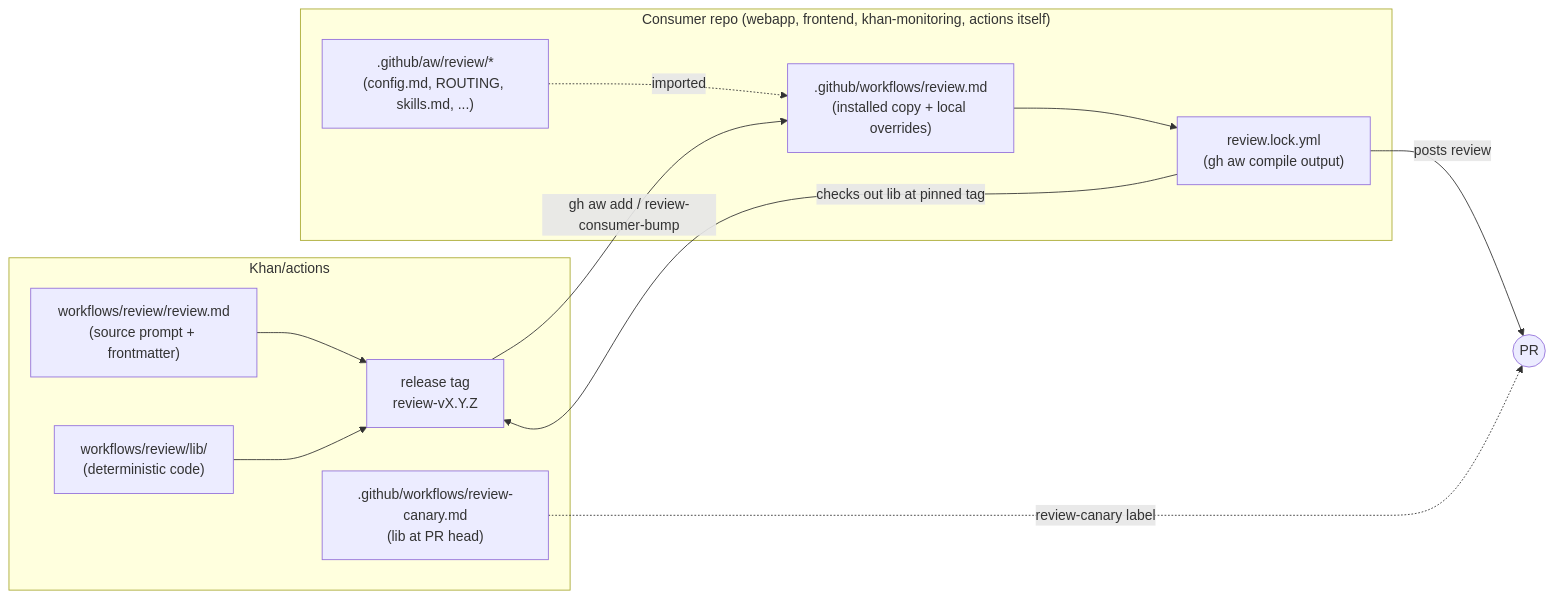
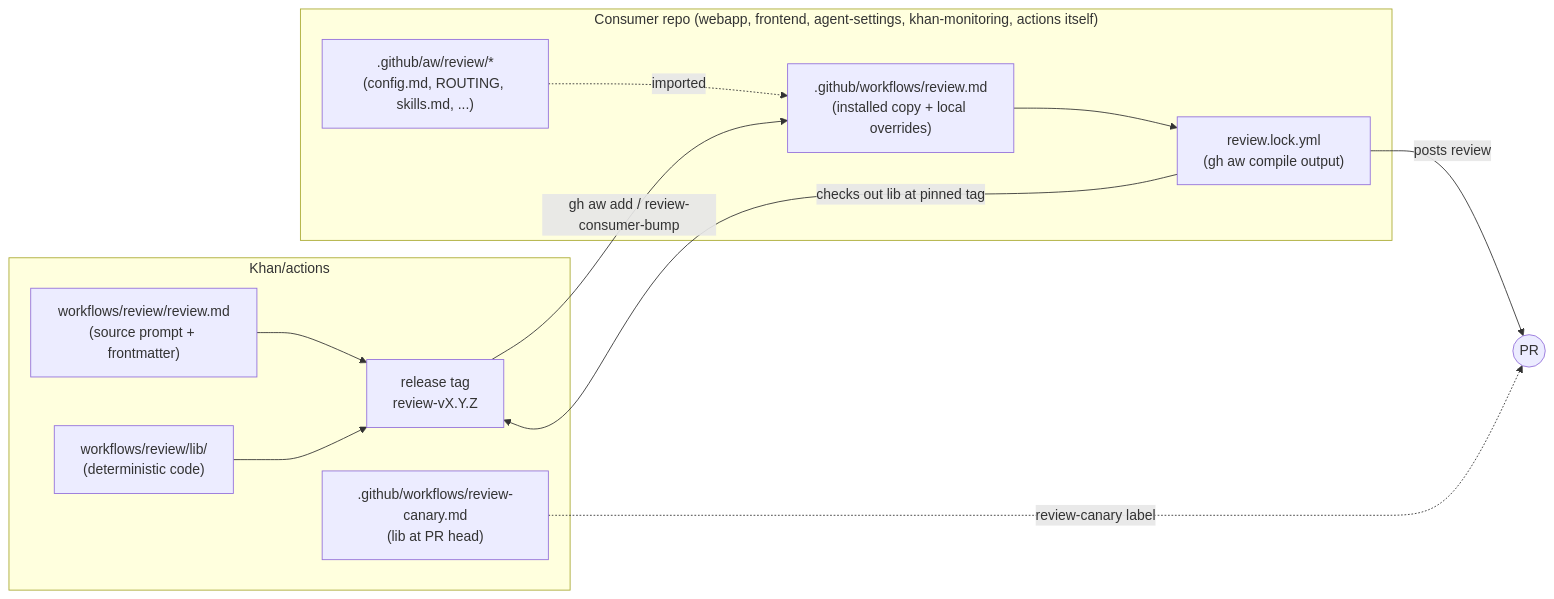
One commit to Khan/actions changed the first of 6 diagrams in workflows/review/SPEC.md. Above: the diagram before and after it, drawn with Mermaid. The commit also changed other lines of this file, not shown here.

Commit message:
review spec: treat webapp as the reference configuration, list cleanup candidates

````diff
--- a/workflows/review/SPEC.md
+++ b/workflows/review/SPEC.md
@@ -46,22 +70,22 @@
 ```mermaid
 flowchart LR
     subgraph actions["Khan/actions"]
         src["workflows/review/review.md<br/>(source prompt + frontmatter)"]
         lib["workflows/review/lib/<br/>(deterministic code)"]
         tag["release tag<br/>review-vX.Y.Z"]
         canary[".github/workflows/review-canary.md<br/>(lib at PR head)"]
         src --> tag
         lib --> tag
     end
-    subgraph consumer["Consumer repo (webapp, frontend, khan-monitoring, actions itself)"]
+    subgraph consumer["Consumer repo (webapp, frontend, agent-settings, khan-monitoring, actions itself)"]
         inst[".github/workflows/review.md<br/>(installed copy + local overrides)"]
         lock["review.lock.yml<br/>(gh aw compile output)"]
         cfg[".github/aw/review/*<br/>(config.md, ROUTING, skills.md, ...)"]
         inst --> lock
         cfg -. imported .-> inst
     end
     tag -- "gh aw add / review-consumer-bump" --> inst
     lock -- "checks out lib at pinned tag" --> tag
     lock -- "posts review" --> pr(("PR"))
     canary -. "review-canary label" .-> pr
 ```
````
